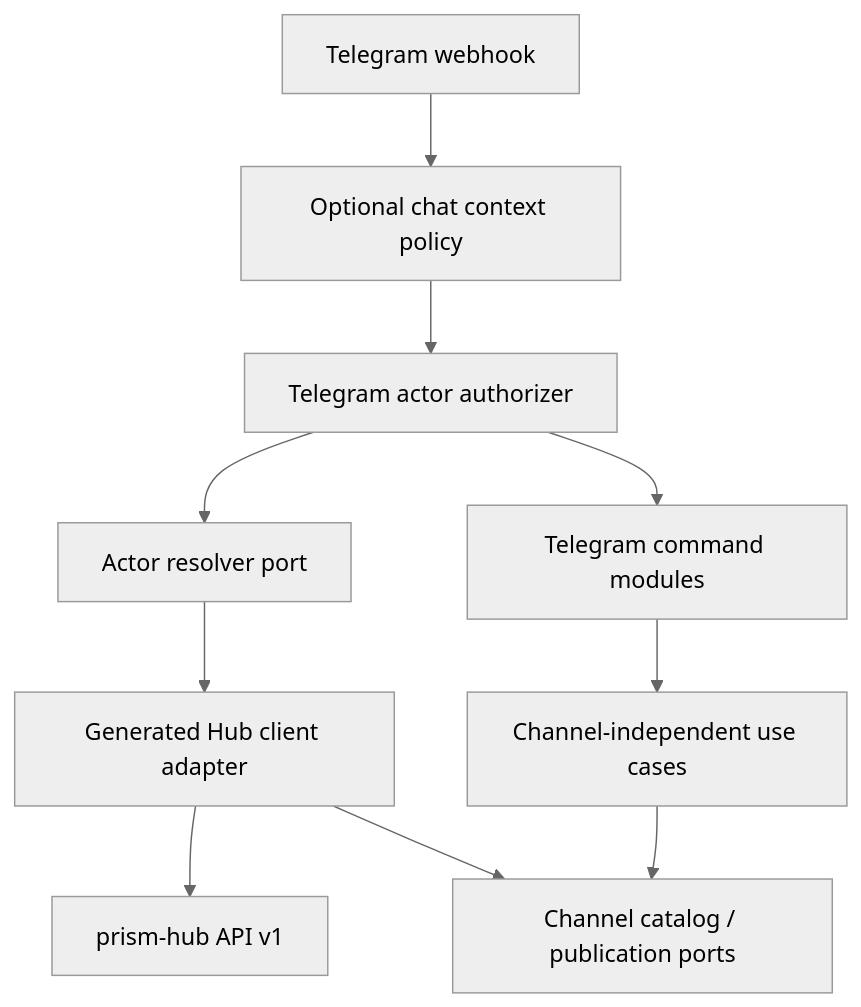
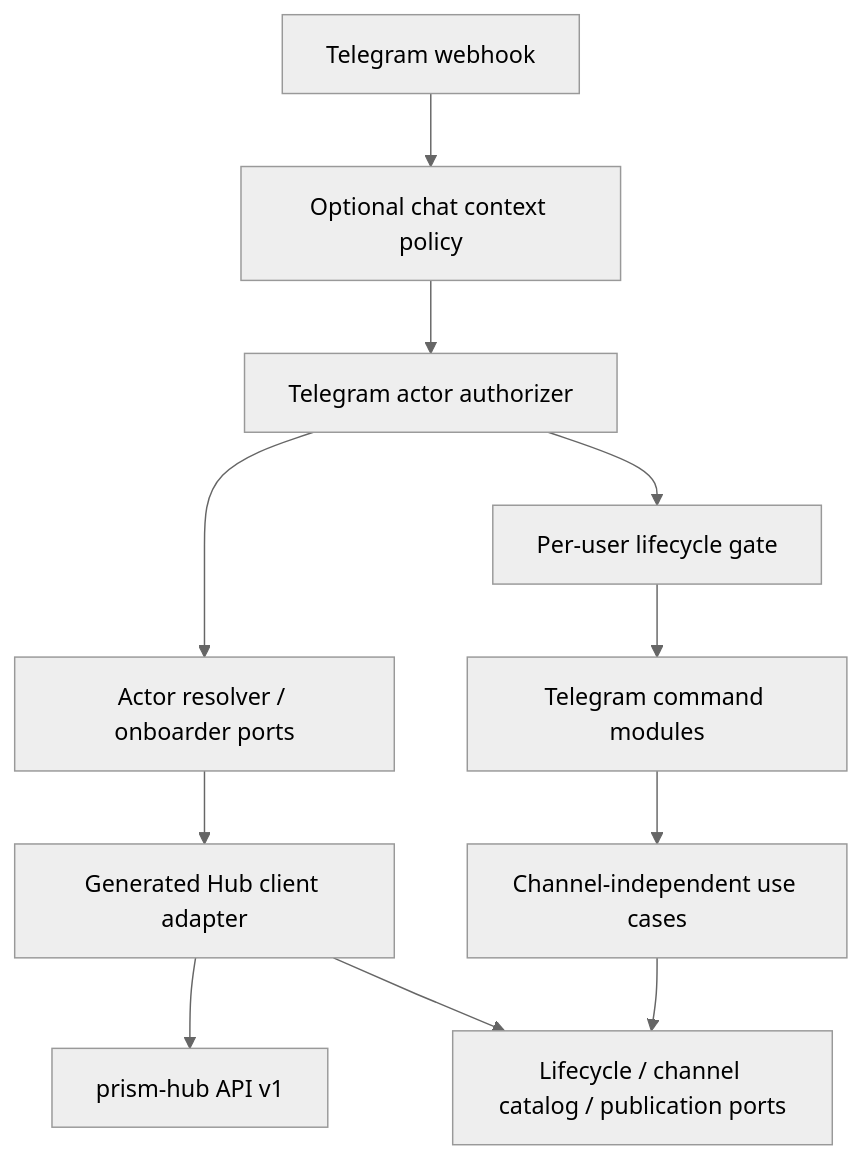
The diagram in README.md (aiaiaiai-org/prism-bot), drawn with Mermaid (neutral theme) before and after one commit. The commit also changed other lines of this file, not shown here.

Commit message:
Document Telegram lifecycle controls

````diff
--- a/README.md
+++ b/README.md
@@ -24,12 +25,13 @@
 ```mermaid
 flowchart TD
     Telegram["Telegram webhook"] --> Context["Optional chat context policy"]
     Context --> Actor["Telegram actor authorizer"]
-    Actor --> Resolve["Actor resolver port"]
+    Actor --> Resolve["Actor resolver / onboarder ports"]
     Resolve --> HubAdapter["Generated Hub client adapter"]
     HubAdapter --> Hub["prism-hub API v1"]
-    Actor --> Commands["Telegram command modules"]
+    Actor --> Lifecycle["Per-user lifecycle gate"]
+    Lifecycle --> Commands["Telegram command modules"]
     Commands --> UseCases["Channel-independent use cases"]
-    UseCases --> Ports["Channel catalog / publication ports"]
+    UseCases --> Ports["Lifecycle / channel catalog / publication ports"]
     HubAdapter --> Ports
 ```
````
